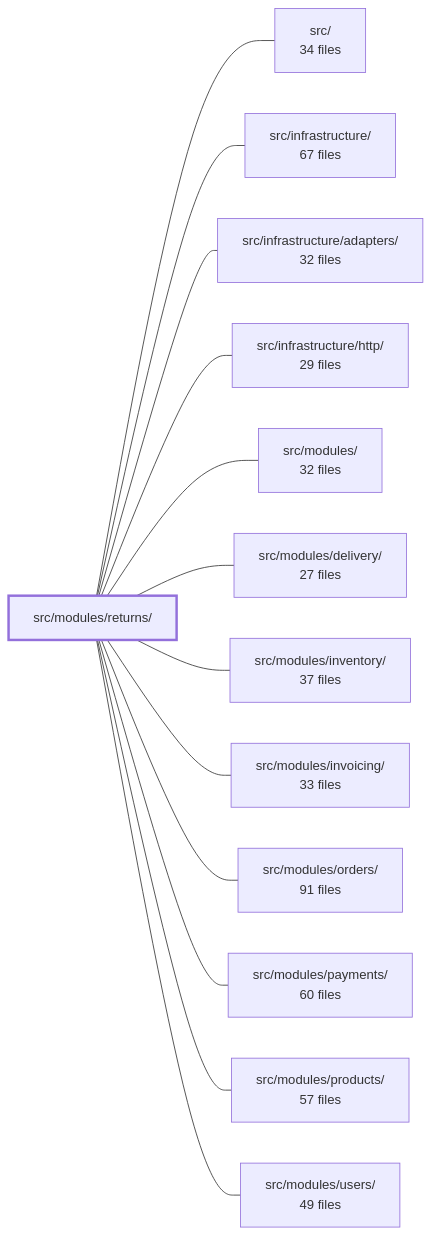
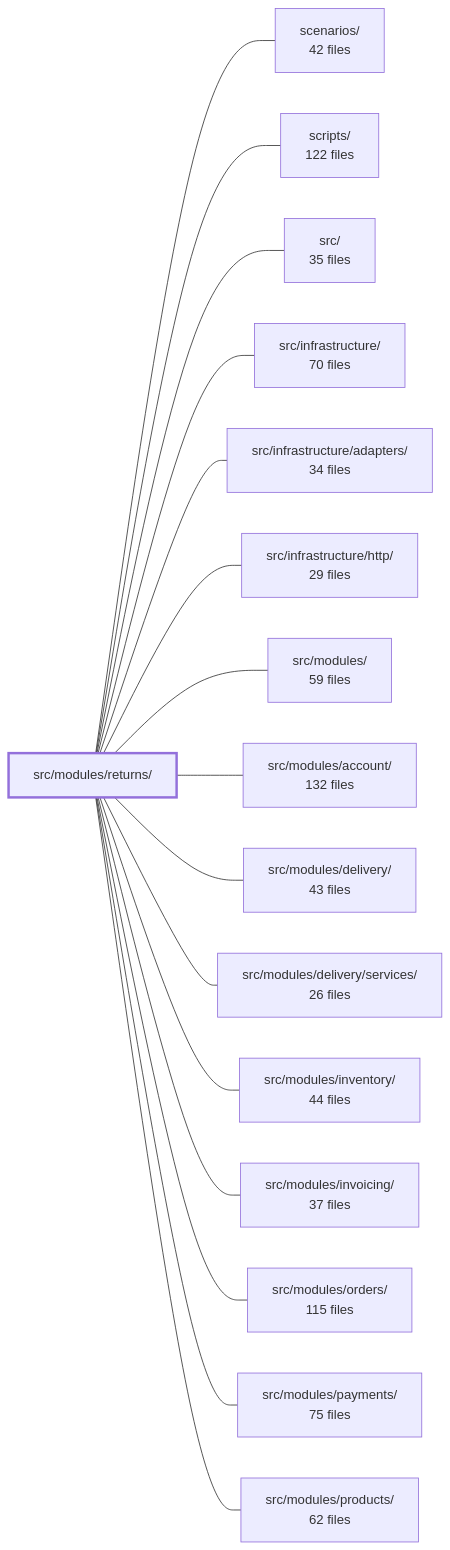
One commit to Guebbit/boilerplate-node-backend changed the diagram in .2brain/modules/boilerplate-node-backend_src_modules_returns.md. Above: the diagram before and after it, drawn with Mermaid. The commit also changed other lines of this file and 627 other files, not shown here.

````diff
--- a/.2brain/modules/boilerplate-node-backend_src_modules_returns.md
+++ b/.2brain/modules/boilerplate-node-backend_src_modules_returns.md
@@ -44,29 +41,35 @@
 ```mermaid
 flowchart LR
     m_src_modules_returns["src/modules/returns/"]
-    m_src["src/<br/>34 files"]
-    m_src_infrastructure["src/infrastructure/<br/>67 files"]
-    m_src_infrastructure_adapters["src/infrastructure/adapters/<br/>32 files"]
+    m_scenarios["scenarios/<br/>42 files"]
+    m_scripts["scripts/<br/>122 files"]
+    m_src["src/<br/>35 files"]
+    m_src_infrastructure["src/infrastructure/<br/>70 files"]
+    m_src_infrastructure_adapters["src/infrastructure/adapters/<br/>34 files"]
     m_src_infrastructure_http["src/infrastructure/http/<br/>29 files"]
-    m_src_modules["src/modules/<br/>32 files"]
-    m_src_modules_delivery["src/modules/delivery/<br/>27 files"]
-    m_src_modules_inventory["src/modules/inventory/<br/>37 files"]
-    m_src_modules_invoicing["src/modules/invoicing/<br/>33 files"]
-    m_src_modules_orders["src/modules/orders/<br/>91 files"]
-    m_src_modules_payments["src/modules/payments/<br/>60 files"]
-    m_src_modules_products["src/modules/products/<br/>57 files"]
-    m_src_modules_users["src/modules/users/<br/>49 files"]
+    m_src_modules["src/modules/<br/>59 files"]
+    m_src_modules_account["src/modules/account/<br/>132 files"]
+    m_src_modules_delivery["src/modules/delivery/<br/>43 files"]
+    m_src_modules_delivery_services["src/modules/delivery/services/<br/>26 files"]
+    m_src_modules_inventory["src/modules/inventory/<br/>44 files"]
+    m_src_modules_invoicing["src/modules/invoicing/<br/>37 files"]
+    m_src_modules_orders["src/modules/orders/<br/>115 files"]
+    m_src_modules_payments["src/modules/payments/<br/>75 files"]
+    m_src_modules_products["src/modules/products/<br/>62 files"]
+    m_src_modules_returns --- m_scenarios
+    m_src_modules_returns --- m_scripts
     m_src_modules_returns --- m_src
     m_src_modules_returns --- m_src_infrastructure
     m_src_modules_returns --- m_src_infrastructure_adapters
     m_src_modules_returns --- m_src_infrastructure_http
     m_src_modules_returns --- m_src_modules
+    m_src_modules_returns --- m_src_modules_account
     m_src_modules_returns --- m_src_modules_delivery
+    m_src_modules_returns --- m_src_modules_delivery_services
     m_src_modules_returns --- m_src_modules_inventory
     m_src_modules_returns --- m_src_modules_invoicing
     m_src_modules_returns --- m_src_modules_orders
     m_src_modules_returns --- m_src_modules_payments
     m_src_modules_returns --- m_src_modules_products
-    m_src_modules_returns --- m_src_modules_users
     style m_src_modules_returns stroke-width:3px
 ```
````
